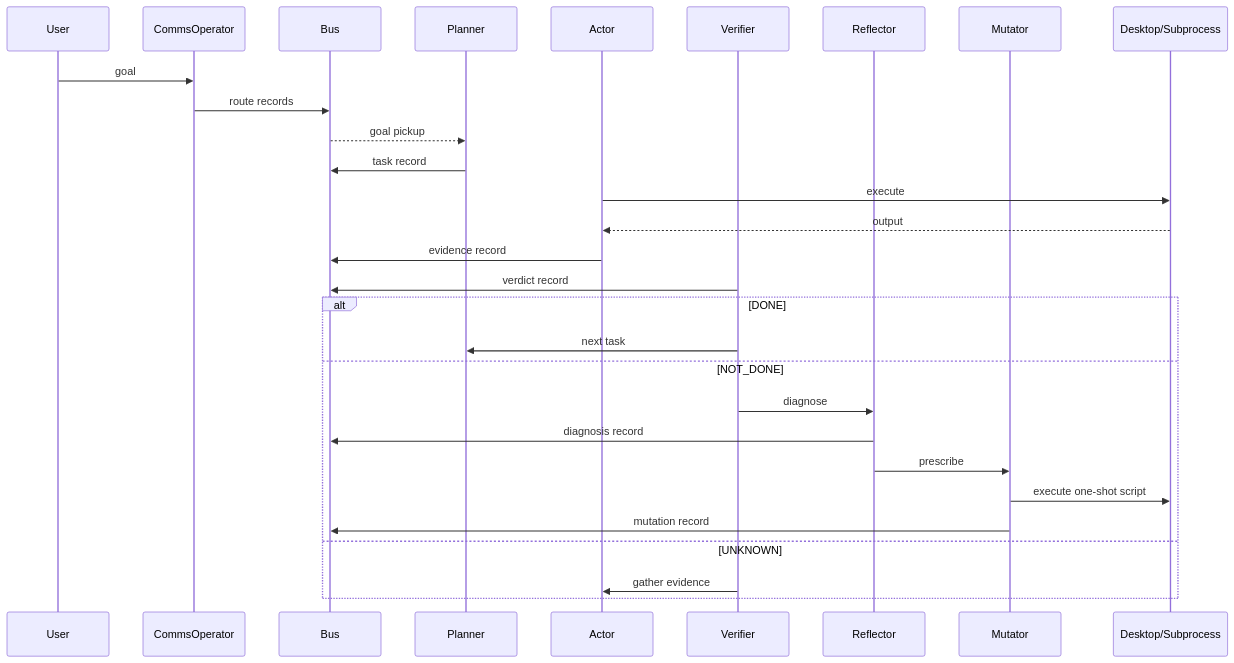
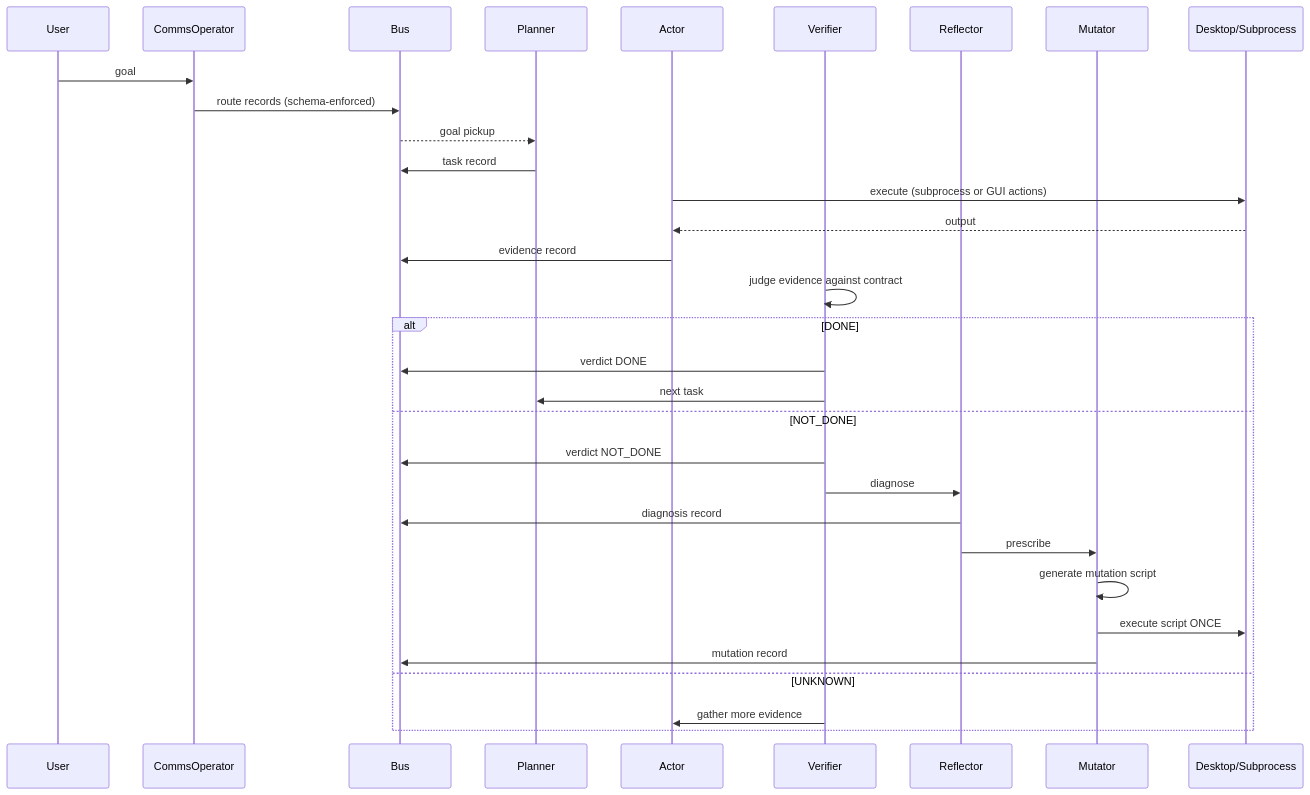
One commit to wgabrys88/endgame-ai changed the third of 3 diagrams in README.md. Above: the diagram before and after it, drawn with Mermaid. The commit also changed other lines of this file, not shown here.

Commit message:
final README: schema enforcement, file config, complete handover

````diff
--- a/README.md
+++ b/README.md
@@ -70,34 +90,37 @@
 ```mermaid
 sequenceDiagram
     participant U as User
     participant CO as CommsOperator
     participant B as Bus
     participant P as Planner
     participant A as Actor
     participant V as Verifier
     participant R as Reflector
     participant M as Mutator
     participant D as Desktop/Subprocess
 
     U->>CO: goal
-    CO->>B: route records
+    CO->>B: route records (schema-enforced)
     B-->>P: goal pickup
 
     P->>B: task record
-    A->>D: execute
+    A->>D: execute (subprocess or GUI actions)
     D-->>A: output
     A->>B: evidence record
-    V->>B: verdict record
 
+    V->>V: judge evidence against contract
     alt DONE
+        V->>B: verdict DONE
         V->>P: next task
     else NOT_DONE
+        V->>B: verdict NOT_DONE
         V->>R: diagnose
         R->>B: diagnosis record
         R->>M: prescribe
-        M->>D: execute one-shot script
+        M->>M: generate mutation script
+        M->>D: execute script ONCE
         M->>B: mutation record
     else UNKNOWN
-        V->>A: gather evidence
+        V->>A: gather more evidence
     end
 ```
````
